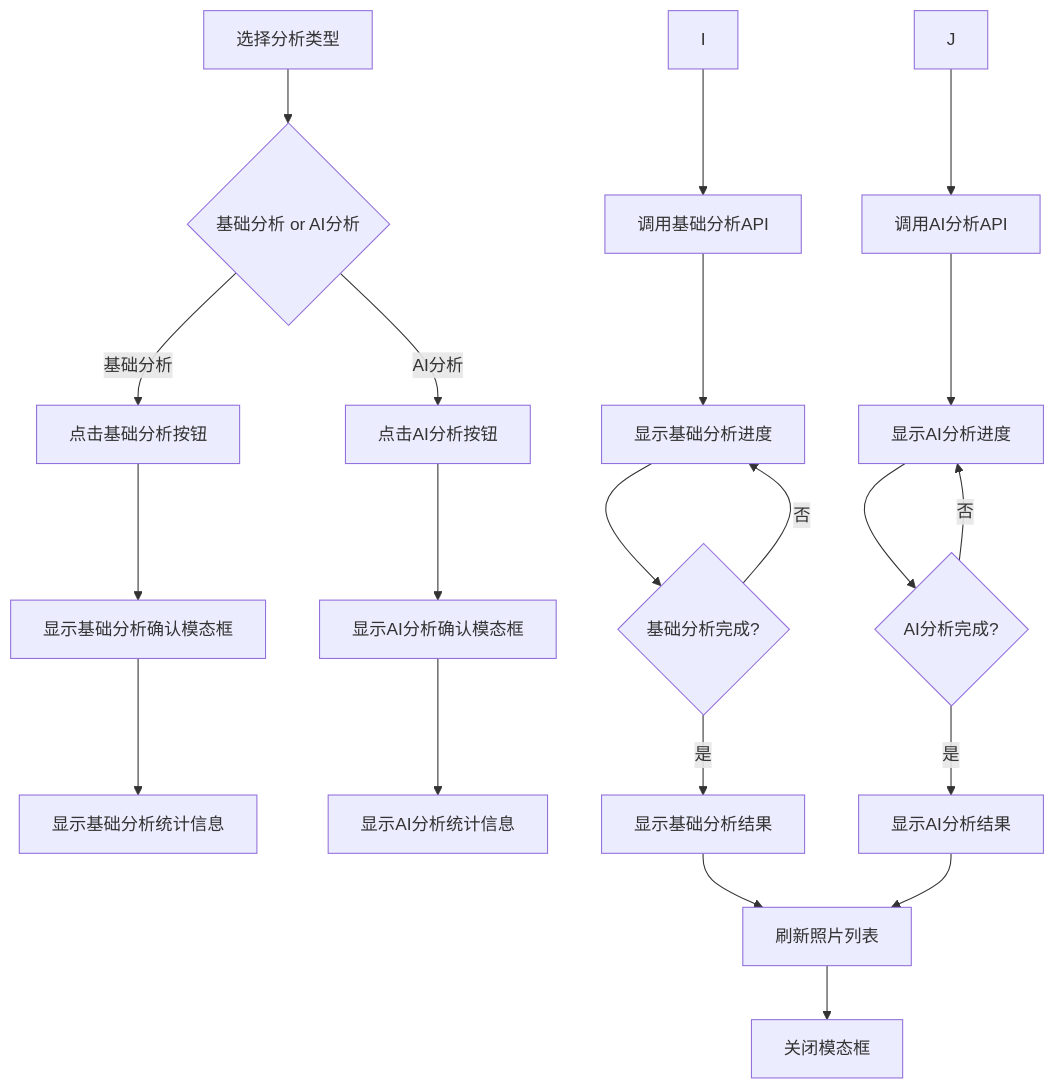
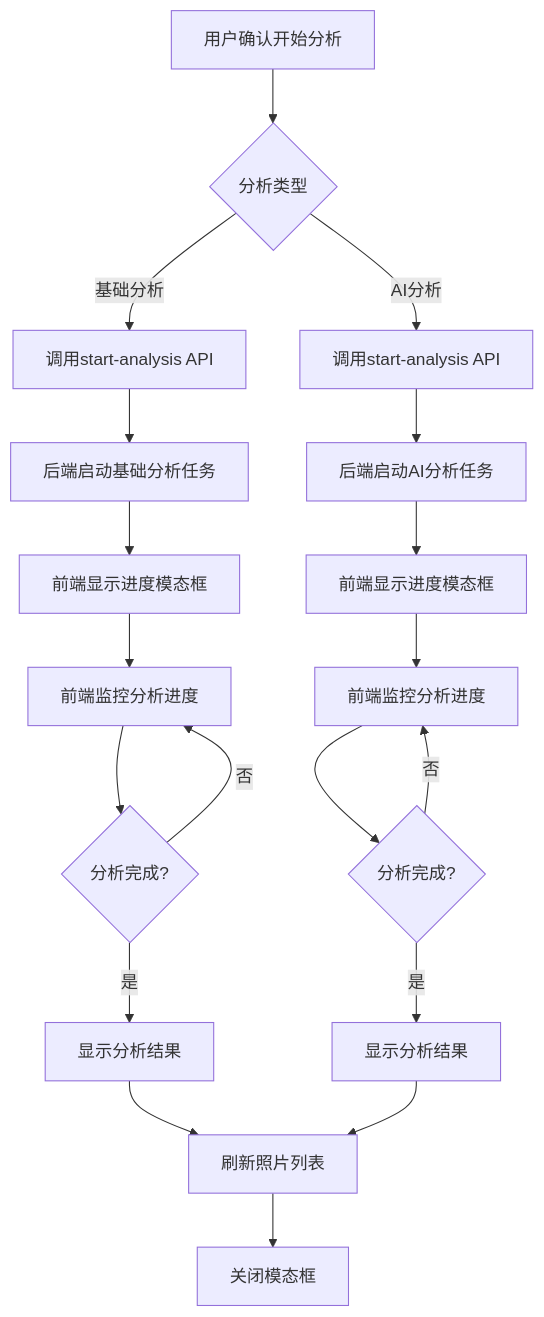
Before and after one commit to alvaxu/photo-org: the second of 2 diagrams in photos_org/doc/选择智能处理功能详细设计文档.md, drawn with Mermaid. The commit also changed other lines of this file and 7 other files, not shown here.

````diff
--- a/photos_org/doc/选择智能处理功能详细设计文档.md
+++ b/photos_org/doc/选择智能处理功能详细设计文档.md
@@ -286,23 +314,21 @@
 ```mermaid
 graph TD
-    A[选择分析类型] --> B{基础分析 or AI分析}
-    B -->|基础分析| C[点击基础分析按钮]
-    B -->|AI分析| D[点击AI分析按钮]
-    C --> E[显示基础分析确认模态框]
-    D --> F[显示AI分析确认模态框]
-    E --> G[显示基础分析统计信息]
-    F --> H[显示AI分析统计信息]
-    I --> K[调用基础分析API]
-    J --> L[调用AI分析API]
-    K --> M[显示基础分析进度]
-    L --> N[显示AI分析进度]
-    M --> O{基础分析完成?}
-    N --> P{AI分析完成?}
-    O -->|否| M
-    P -->|否| N
-    O -->|是| Q[显示基础分析结果]
-    P -->|是| R[显示AI分析结果]
-    Q --> S[刷新照片列表]
-    R --> S
-    S --> T[关闭模态框]
+    A[用户确认开始分析] --> B{分析类型}
+    B -->|基础分析| C[调用start-analysis API]
+    B -->|AI分析| D[调用start-analysis API]
+    C --> E[后端启动基础分析任务]
+    D --> F[后端启动AI分析任务]
+    E --> G[前端显示进度模态框]
+    F --> H[前端显示进度模态框]
+    G --> I[前端监控分析进度]
+    H --> J[前端监控分析进度]
+    I --> K{分析完成?}
+    J --> L{分析完成?}
+    K -->|否| I
+    L -->|否| J
+    K -->|是| M[显示分析结果]
+    L -->|是| N[显示分析结果]
+    M --> O[刷新照片列表]
+    N --> O
+    O --> P[关闭模态框]
 ```
````
